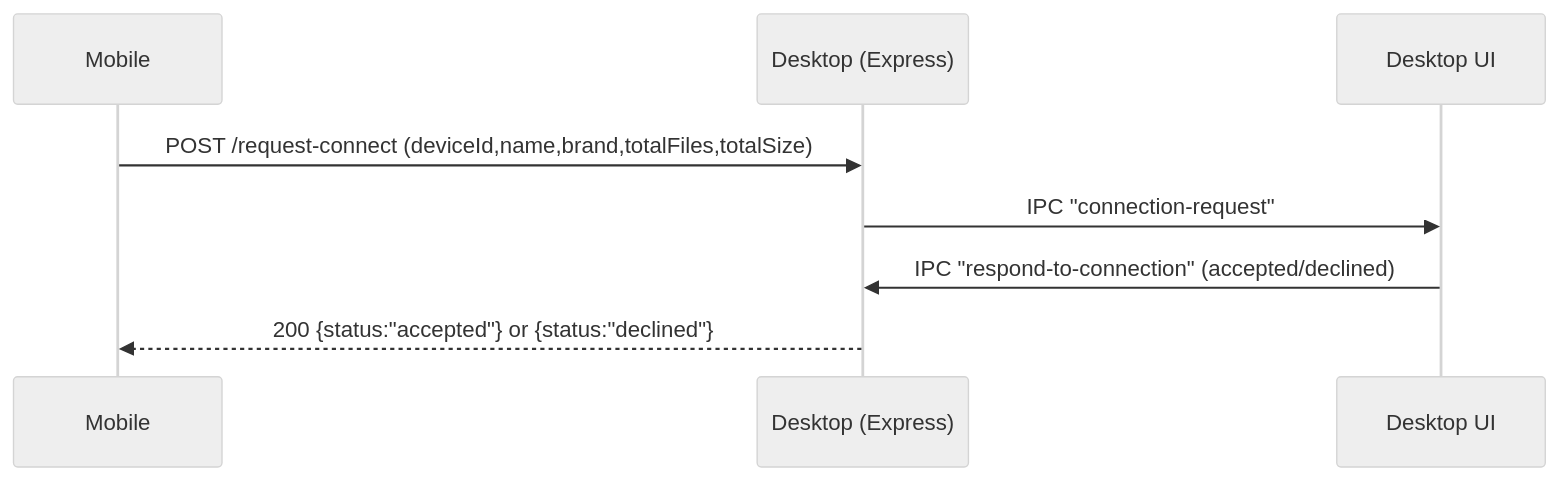
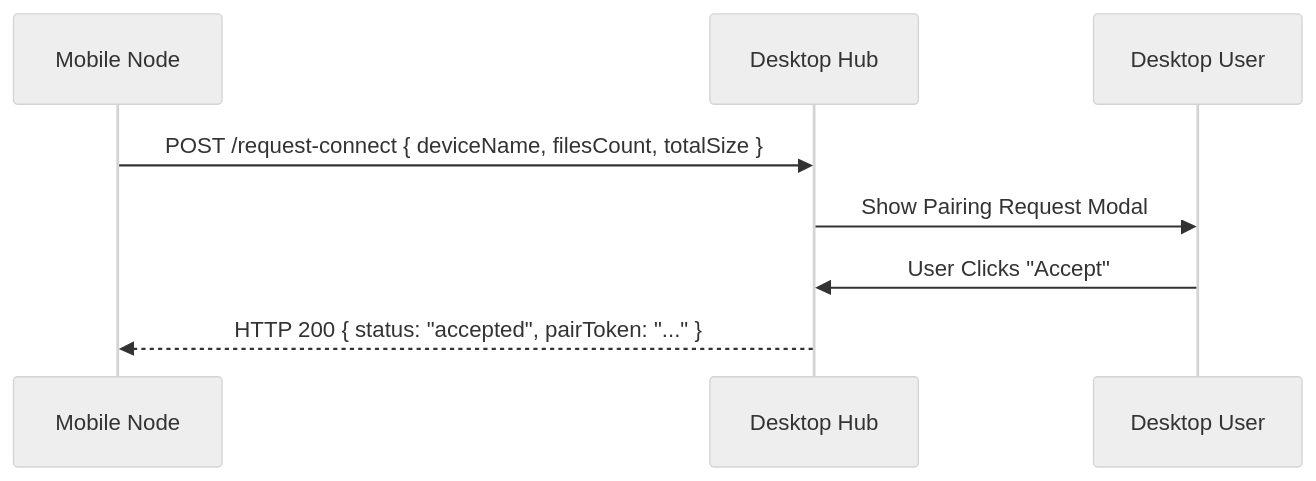
The first of 2 diagrams in HOW_IT_WORKS.md (lwshakib/exlink-file-transfer), drawn with Mermaid (neutral theme) before and after one commit. The commit also changed other lines of this file and 5 other files, not shown here.

````diff
--- a/HOW_IT_WORKS.md
+++ b/HOW_IT_WORKS.md
@@ -104,11 +54,11 @@
 ```mermaid
 sequenceDiagram
-  participant M as Mobile
-  participant D as Desktop (Express)
-  participant UI as Desktop UI
-
-  M->>D: POST /request-connect (deviceId,name,brand,totalFiles,totalSize)
-  D->>UI: IPC "connection-request"
-  UI->>D: IPC "respond-to-connection" (accepted/declined)
-  D-->>M: 200 {status:"accepted"} or {status:"declined"}
+    participant M as Mobile Node
+    participant D as Desktop Hub
+    participant UI as Desktop User
+    
+    M->>D: POST /request-connect { deviceName, filesCount, totalSize }
+    D->>UI: Show Pairing Request Modal
+    UI->>D: User Clicks "Accept"
+    D-->>M: HTTP 200 { status: "accepted", pairToken: "..." }
 ```
````
